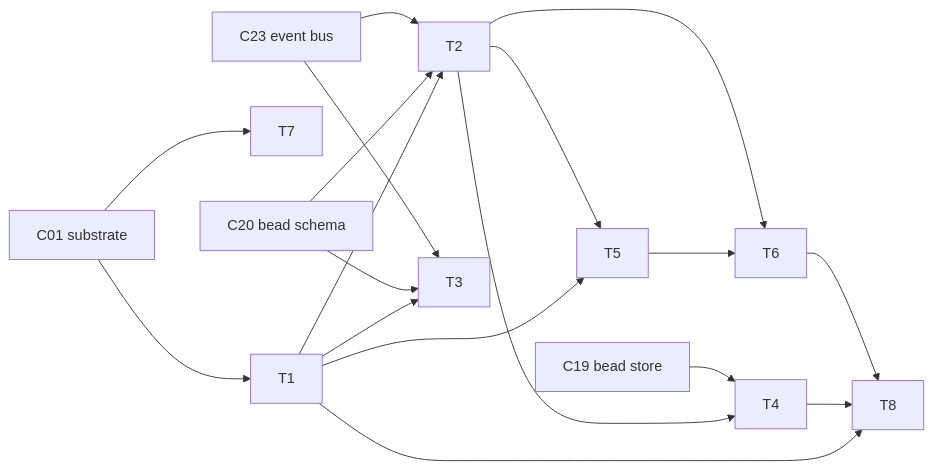
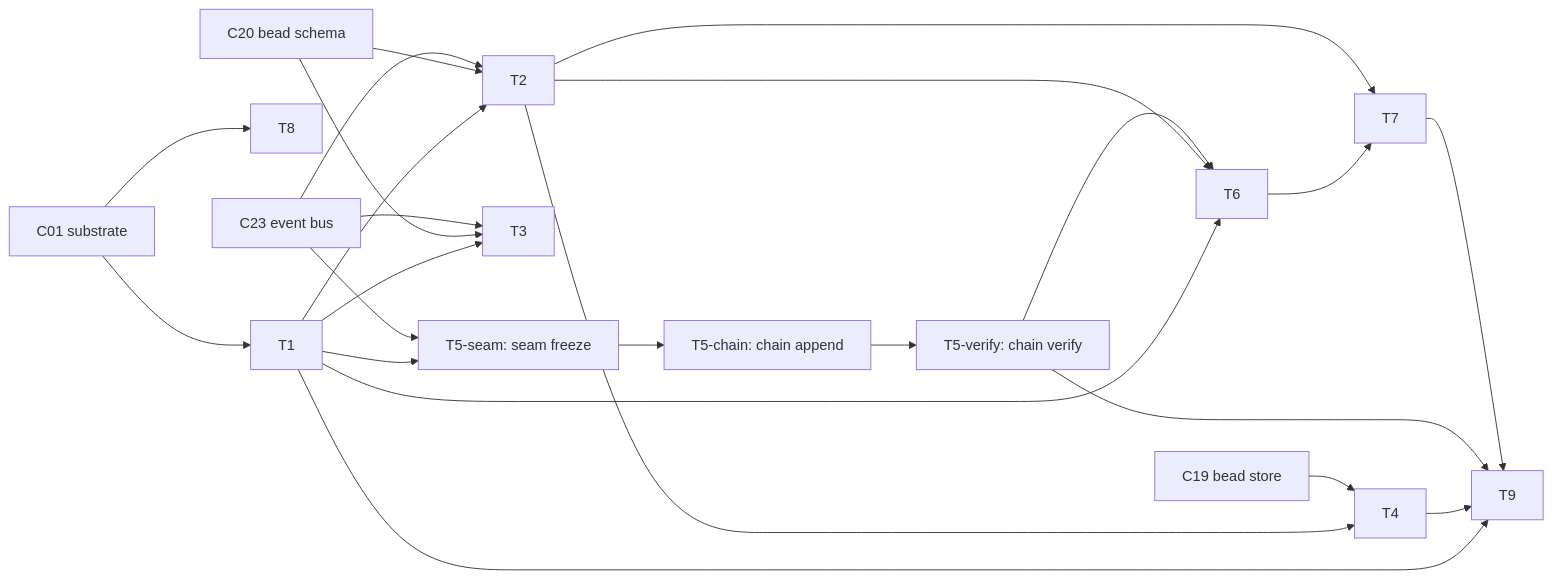
One commit to lago-morph/software-factory changed the diagram in architectures/v4/plan-faithful/C41-identity-attribution.md. Above: the diagram before and after it, drawn with Mermaid. The commit also changed other lines of this file and 1 other file, not shown here.

````diff
--- a/architectures/v4/plan-faithful/C41-identity-attribution.md
+++ b/architectures/v4/plan-faithful/C41-identity-attribution.md
@@ -20,20 +23,26 @@
 ```mermaid
 graph LR
   C01[C01 substrate] --> T1
-  C01 --> T7
+  C01 --> T8
   T1 --> T2
   C20[C20 bead schema] --> T2
   C23[C23 event bus] --> T2
   T1 --> T3
   C20 --> T3
   C23 --> T3
   T2 --> T4
   C19[C19 bead store] --> T4
-  T1 --> T5
-  T2 --> T5
-  T5 --> T6
+  T1 --> T5seam[T5-seam: seam freeze]
+  C23 --> T5seam
+  T5seam --> T5chain[T5-chain: chain append]
+  T5chain --> T5verify[T5-verify: chain verify]
+  T1 --> T6
   T2 --> T6
-  T1 --> T8
-  T4 --> T8
-  T6 --> T8
+  T5verify --> T6
+  T6 --> T7
+  T2 --> T7
+  T1 --> T9
+  T4 --> T9
+  T5verify --> T9
+  T7 --> T9
 ```
````
